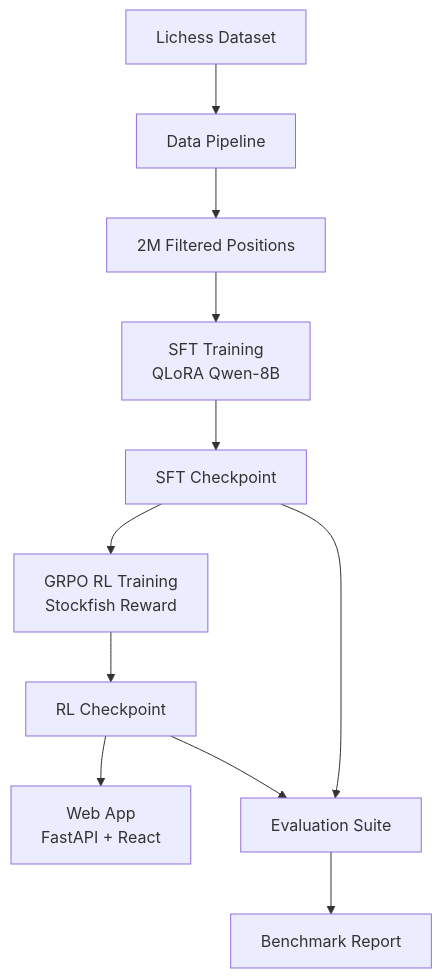
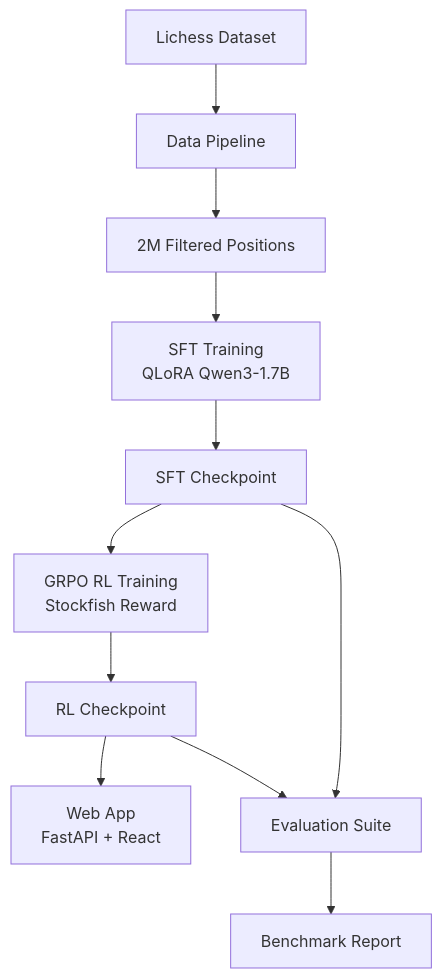
The first of 2 diagrams in README.md (pmlg/learning-to-replicate-expert-judgement), drawn with Mermaid before and after one commit. The commit also changed other lines of this file and 24 other files, not shown here.

````diff
--- a/README.md
+++ b/README.md
@@ -36,13 +36,13 @@
 ```mermaid
 flowchart TD
     A[Lichess Dataset] --> B[Data Pipeline]
     B --> C[2M Filtered Positions]
-    C --> D[SFT Training<br/>QLoRA Qwen-8B]
+    C --> D[SFT Training<br/>QLoRA Qwen3-1.7B]
     D --> E[SFT Checkpoint]
     E --> F[GRPO RL Training<br/>Stockfish Reward]
     F --> G[RL Checkpoint]
     G --> H[Web App<br/>FastAPI + React]
     E --> I[Evaluation Suite]
     G --> I
     I --> J[Benchmark Report]
 ```
````
